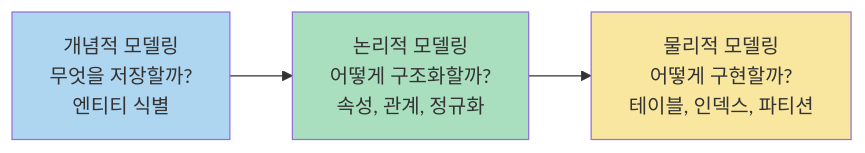
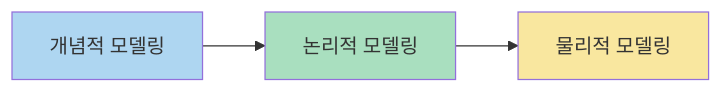
Before and after one commit to yjkim2015/yjkim2015.github.io: the first of 3 diagrams in _posts/db/2026-05-01-db-modeling.md, drawn with Mermaid. The commit also changed other lines of this file and 245 other files, not shown here.

First line of the commit message:
Mermaid 다이어그램 전면 수정 + 면접 포인트 접기/펼치기 + DB 데드락 페이지

````diff
--- a/_posts/db/2026-05-01-db-modeling.md
+++ b/_posts/db/2026-05-01-db-modeling.md
@@ -20,9 +20,8 @@
 ```mermaid
 graph LR
-    A[개념적 모델링<br>무엇을 저장할까?<br>엔티티 식별] -->
-    B[논리적 모델링<br>어떻게 구조화할까?<br>속성, 관계, 정규화] -->
-    C[물리적 모델링<br>어떻게 구현할까?<br>테이블, 인덱스, 파티션]
+    A["개념적 모델링"] --> B["논리적 모델링"]
+    B --> C["물리적 모델링"]
     style A fill:#AED6F1
     style B fill:#A9DFBF
     style C fill:#F9E79F
 ```
````
